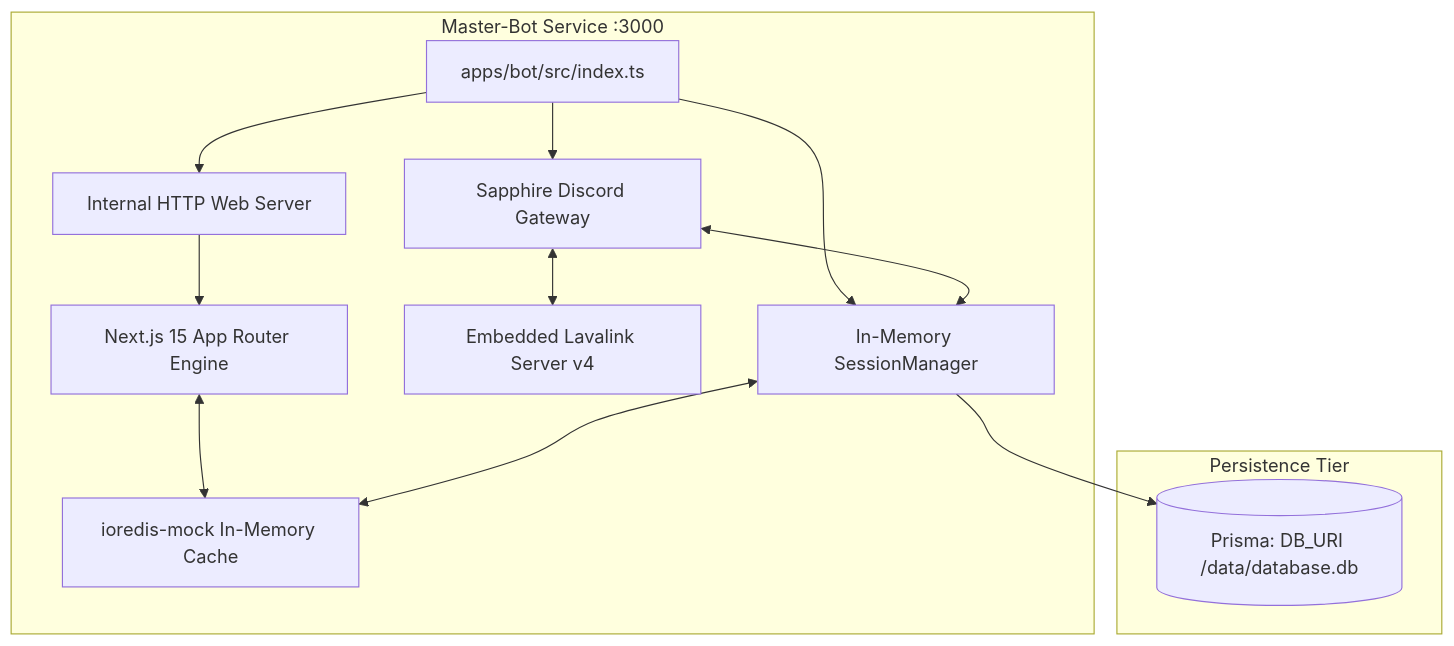
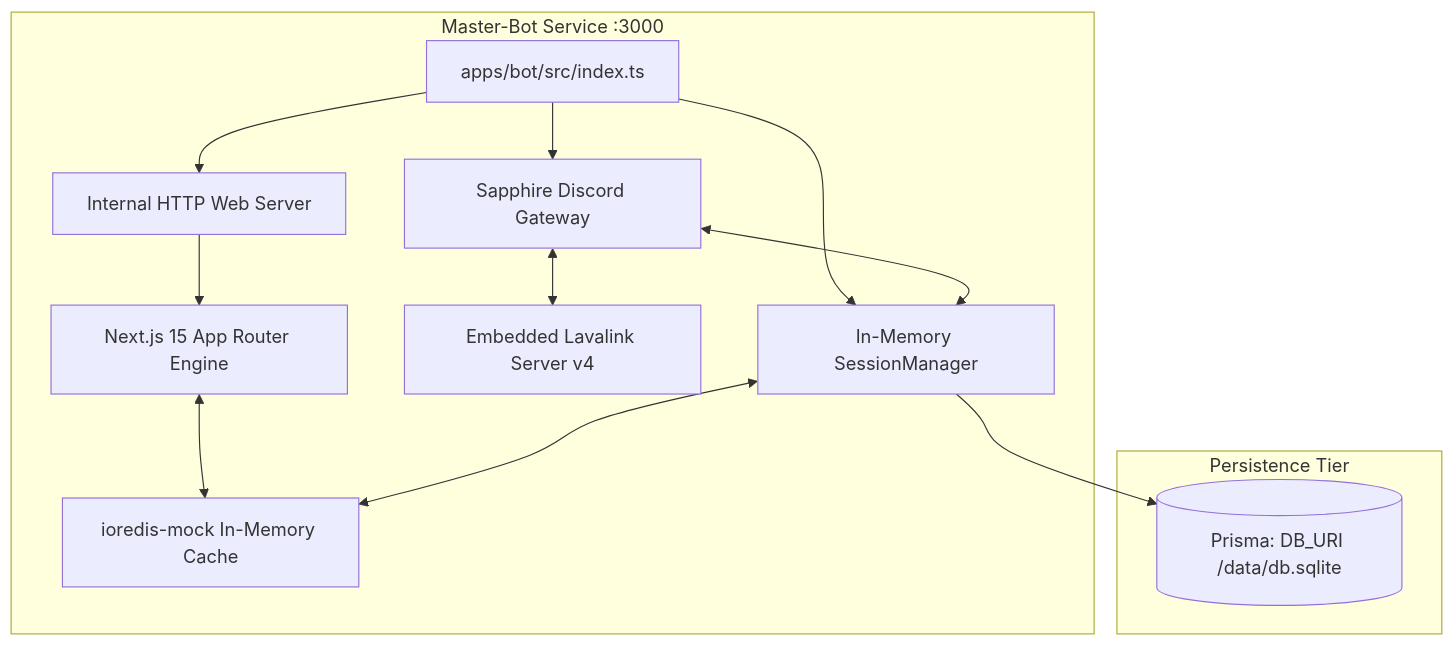
One commit to PhantomNimbi/Master-Bot changed the first of 4 diagrams in wiki/Architecture.md. Above: the diagram before and after it, drawn with Mermaid. The commit also changed other lines of this file and 28 other files, not shown here.

````diff
--- a/wiki/Architecture.md
+++ b/wiki/Architecture.md
@@ -69,26 +69,26 @@
 ```mermaid
 flowchart TD
     subgraph HostSystem [Master-Bot Service :3000]
         Entry[apps/bot/src/index.ts]
         BotGateway[Sapphire Discord Gateway]
         WebServer[Internal HTTP Web Server]
         NextApp[Next.js 15 App Router Engine]
         LavalinkInternal[Embedded Lavalink Server v4]
         Session[In-Memory SessionManager]
         Cache[ioredis-mock In-Memory Cache]
     end
 
     subgraph DataPersistence [Persistence Tier]
-        DB[(Prisma: DB_URI /data/database.db)]
+        DB[(Prisma: DB_URI /data/db.sqlite)]
     end
 
     Entry --> Session
     Entry --> BotGateway
     Entry --> WebServer
     WebServer --> NextApp
     BotGateway <--> LavalinkInternal
     BotGateway <--> Session
     NextApp <--> Cache
     Session <--> Cache
     Session --> DB
 ```
````
